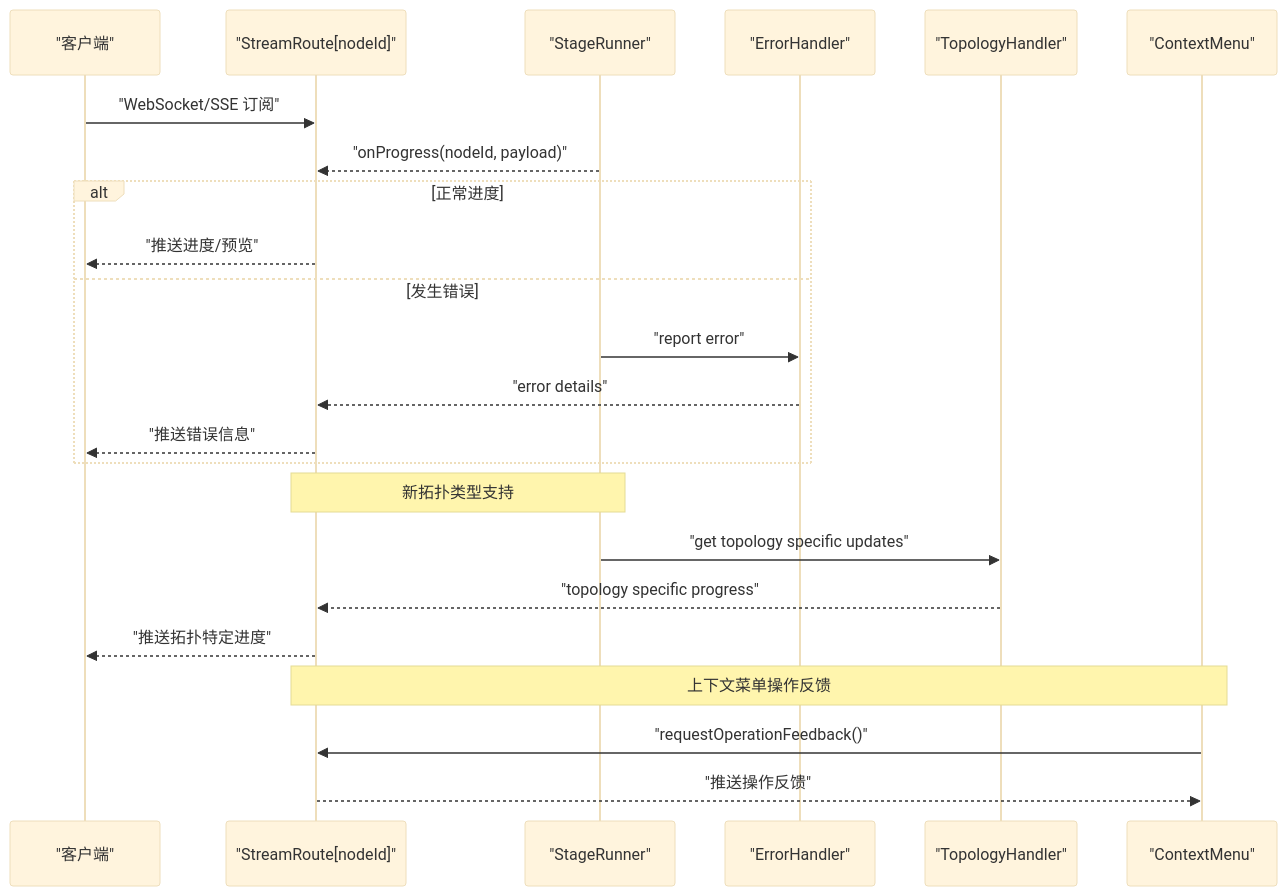
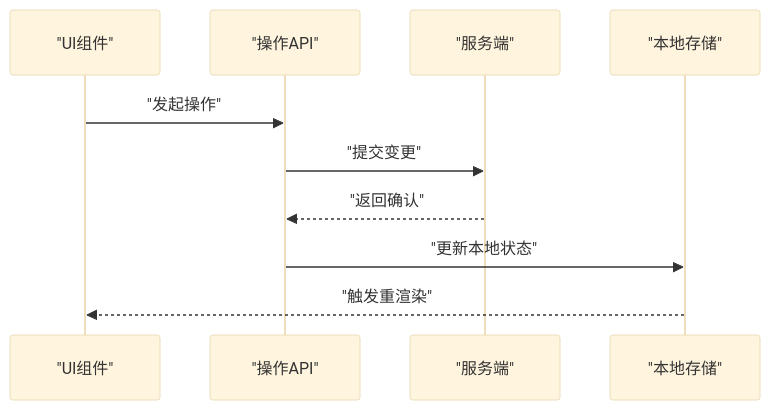
The ninth of 11 diagrams in .qoder/repowiki/zh/content/画布编辑器/画布编辑器.md (scottcwy/PurpleInk), drawn with Mermaid (base theme) before and after one commit. The commit also changed other lines of this file and 872 other files, not shown here.

````diff
--- a/.qoder/repowiki/zh/content/画布编辑器/画布编辑器.md
+++ b/.qoder/repowiki/zh/content/画布编辑器/画布编辑器.md
@@ -752,25 +432,12 @@
 ```mermaid
 sequenceDiagram
-participant Client as "客户端"
-participant Stream as "StreamRoute[nodeId]"
-participant Runner as "StageRunner"
-participant ErrorHandler as "ErrorHandler"
-participant TopologyHandler as "TopologyHandler"
-participant ContextMenu as "ContextMenu"
-Client->>Stream : "WebSocket/SSE 订阅"
-Runner-->>Stream : "onProgress(nodeId, payload)"
-alt 正常进度
-Stream-->>Client : "推送进度/预览"
-else 发生错误
-Runner->>ErrorHandler : "report error"
-ErrorHandler-->>Stream : "error details"
-Stream-->>Client : "推送错误信息"
-end
-Note over Runner,Stream : 新拓扑类型支持
-Runner->>TopologyHandler : "get topology specific updates"
-TopologyHandler-->>Stream : "topology specific progress"
-Stream-->>Client : "推送拓扑特定进度"
-Note over Stream,ContextMenu : 上下文菜单操作反馈
-ContextMenu->>Stream : "requestOperationFeedback()"
-Stream-->>ContextMenu : "推送操作反馈"
+participant UI as "UI组件"
+participant Actions as "操作API"
+participant Server as "服务端"
+participant Store as "本地存储"
+UI->>Actions : "发起操作"
+Actions->>Server : "提交变更"
+Server-->>Actions : "返回确认"
+Actions->>Store : "更新本地状态"
+Store-->>UI : "触发重渲染"
 ```
````
